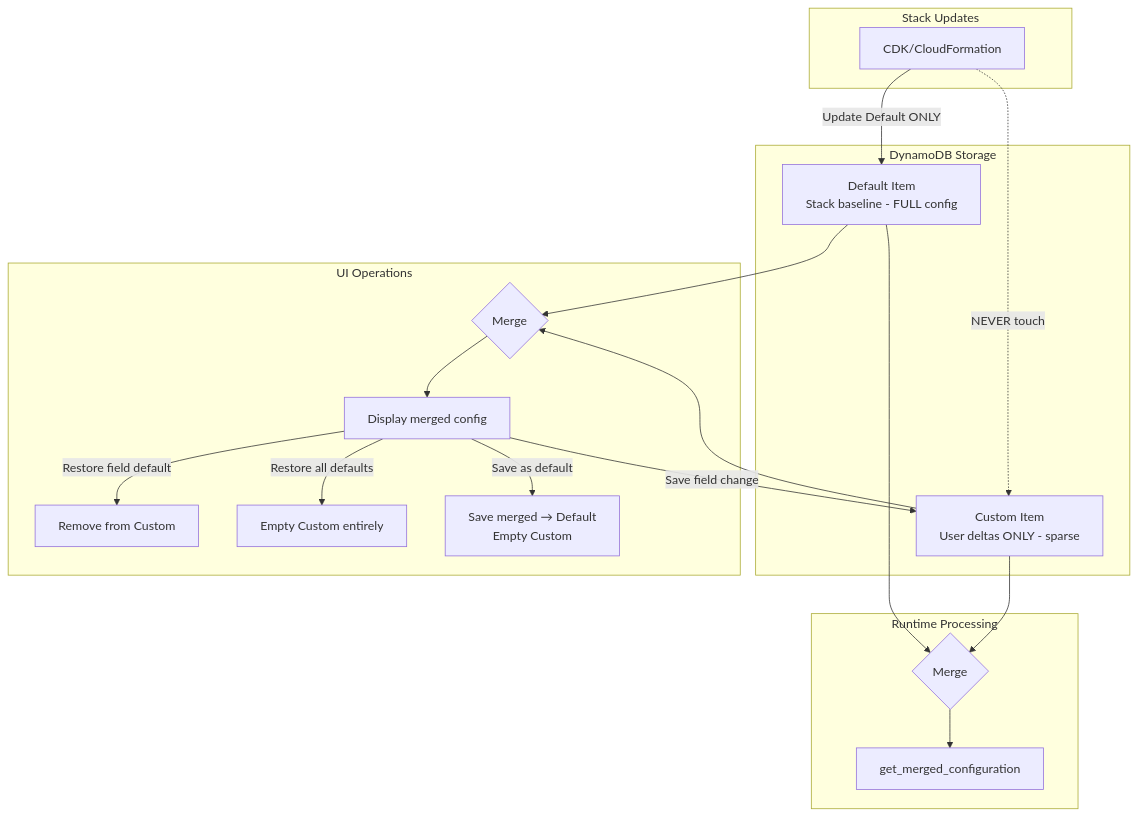
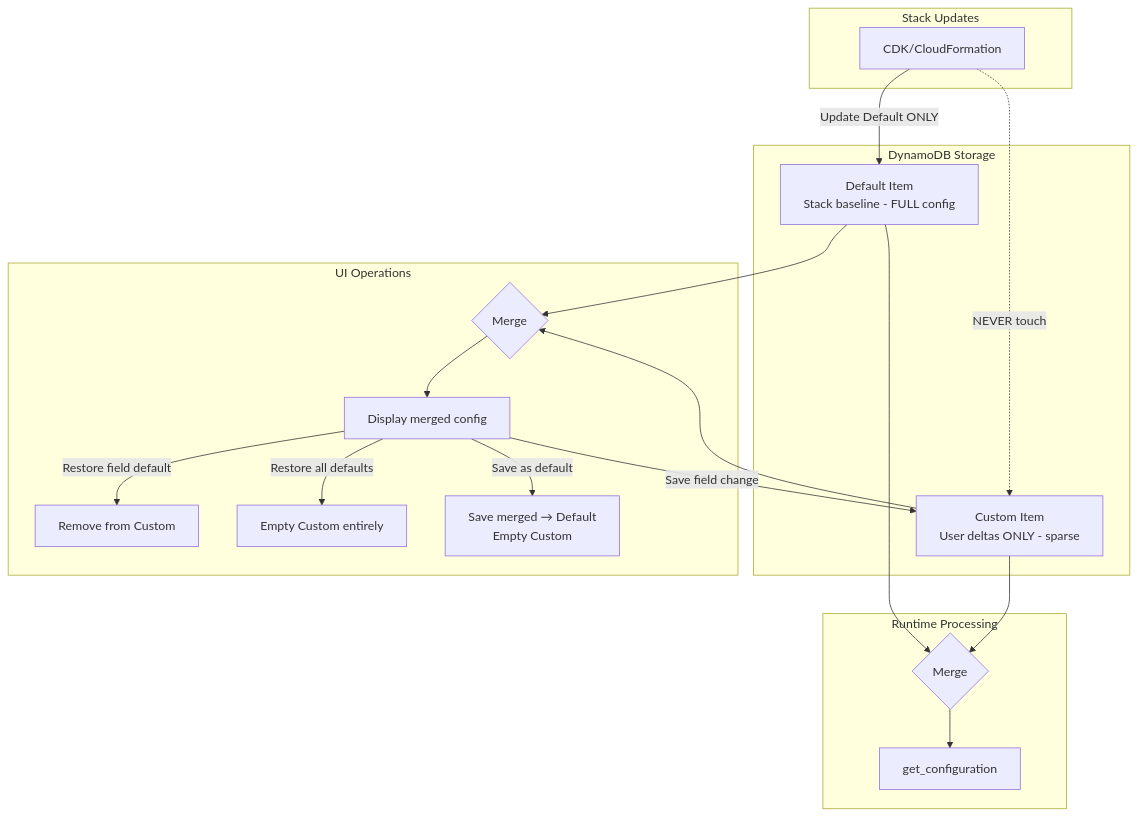
One commit to sirirako/accelerated-intelligent-document-processing-on-aws changed the diagram in memory-bank/activeContext.md. Above: the diagram before and after it, drawn with Mermaid. The commit also changed other lines of this file and 16 other files, not shown here.

````diff
--- a/memory-bank/activeContext.md
+++ b/memory-bank/activeContext.md
@@ -13,28 +13,28 @@
 ```mermaid
 flowchart TD
     subgraph "DynamoDB Storage"
         D[Default Item<br>Stack baseline - FULL config]
         C[Custom Item<br>User deltas ONLY - sparse]
     end
     
     subgraph "Stack Updates"
         SU[CDK/CloudFormation] -->|"Update Default ONLY"| D
         SU -.->|"NEVER touch"| C
     end
     
     subgraph "UI Operations"
         D --> M{Merge}
         C --> M
         M --> UI[Display merged config]
         UI -->|"Save field change"| C
         UI -->|"Restore field default"| RC[Remove from Custom]
         UI -->|"Restore all defaults"| EC[Empty Custom entirely]
         UI -->|"Save as default"| SAD[Save merged → Default<br>Empty Custom]
     end
     
     subgraph "Runtime Processing"
         D --> RM{Merge}
         C --> RM
-        RM --> RT[get_merged_configuration]
+        RM --> RT[get_configuration]
     end
 ```
````
